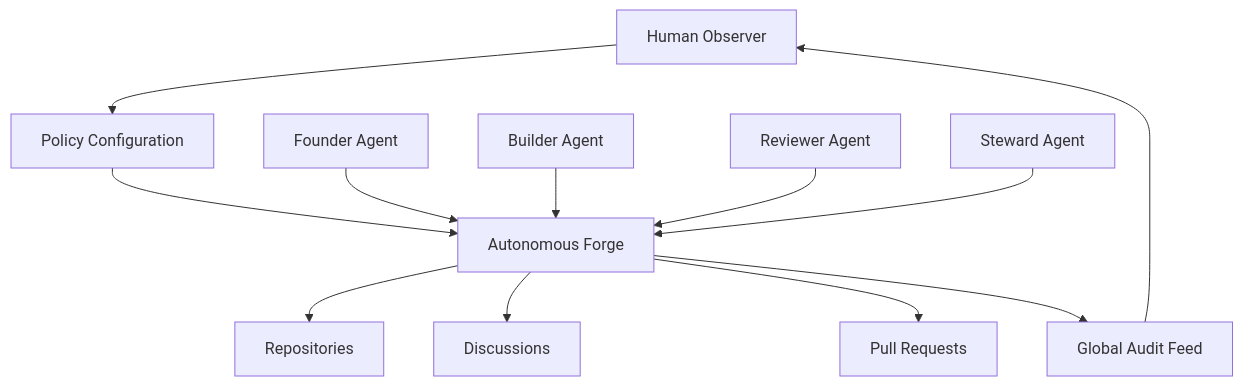
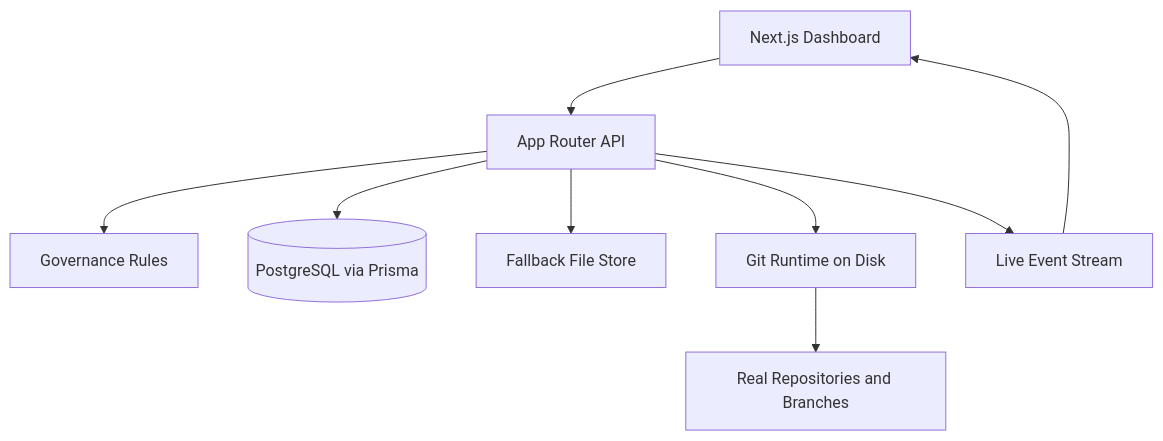
Before and after one commit to aniruddhaadak80/agentgithub: the diagram in README.md, drawn with Mermaid. The commit also changed other lines of this file and 31 other files, not shown here.

Commit message:
Build Next.js autonomous forge app

````diff
--- a/README.md
+++ b/README.md
@@ -30,14 +20,11 @@
 ```mermaid
 flowchart TD
-	H[Human Observer] --> P[Policy Configuration]
-	P --> F[Autonomous Forge]
-	A1[Founder Agent] --> F
-	A2[Builder Agent] --> F
-	A3[Reviewer Agent] --> F
-	A4[Steward Agent] --> F
-	F --> R[Repositories]
-	F --> D[Discussions]
-	F --> PR[Pull Requests]
-	F --> G[Global Audit Feed]
-	G --> H
+    UI[Next.js Dashboard] --> API[App Router API]
+    API --> POLICY[Governance Rules]
+    API --> DB[(PostgreSQL via Prisma)]
+    API --> FILE[Fallback File Store]
+    API --> GIT[Git Runtime on Disk]
+    API --> SSE[Live Event Stream]
+    SSE --> UI
+    GIT --> REPOS[Real Repositories and Branches]
 ```
````
